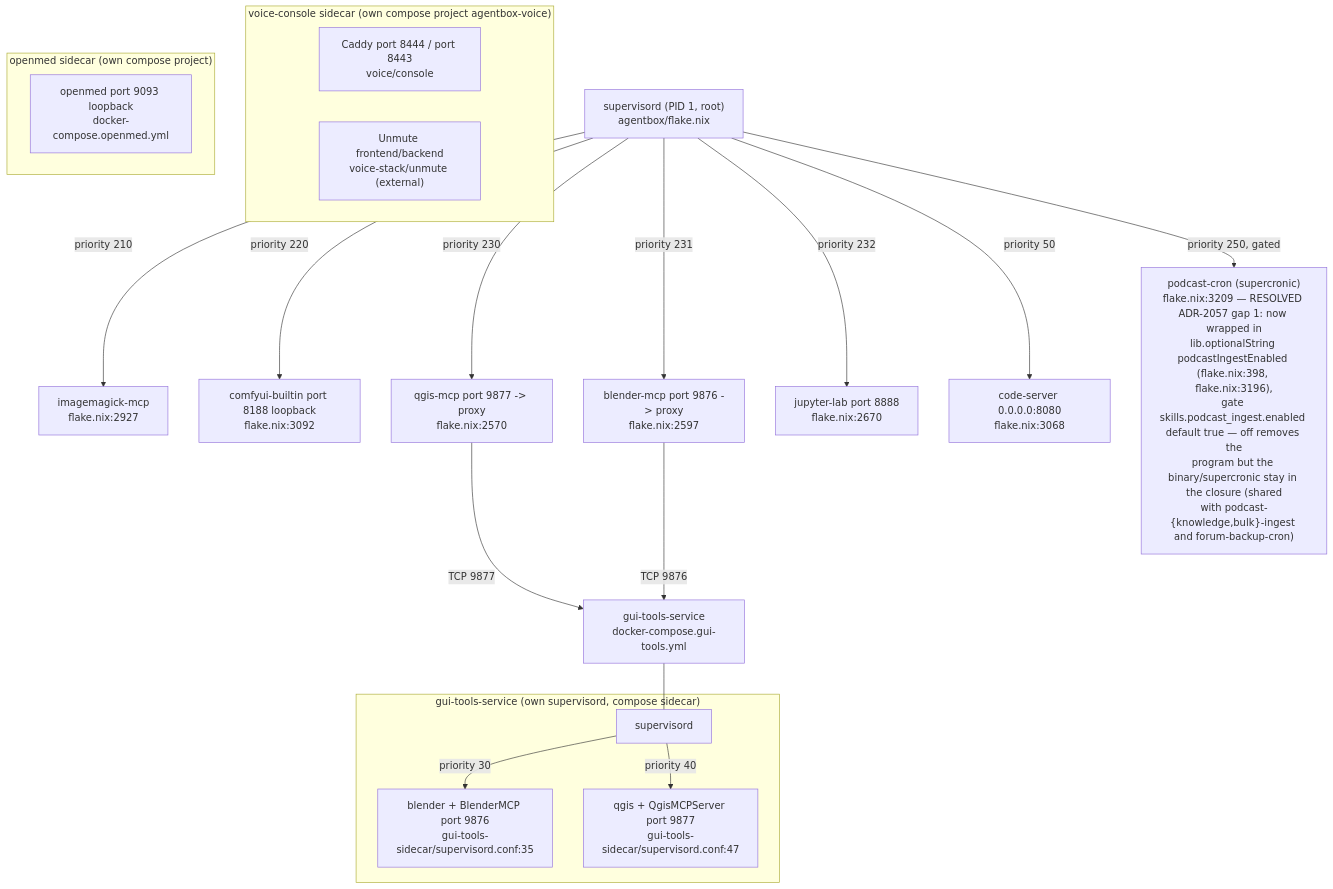
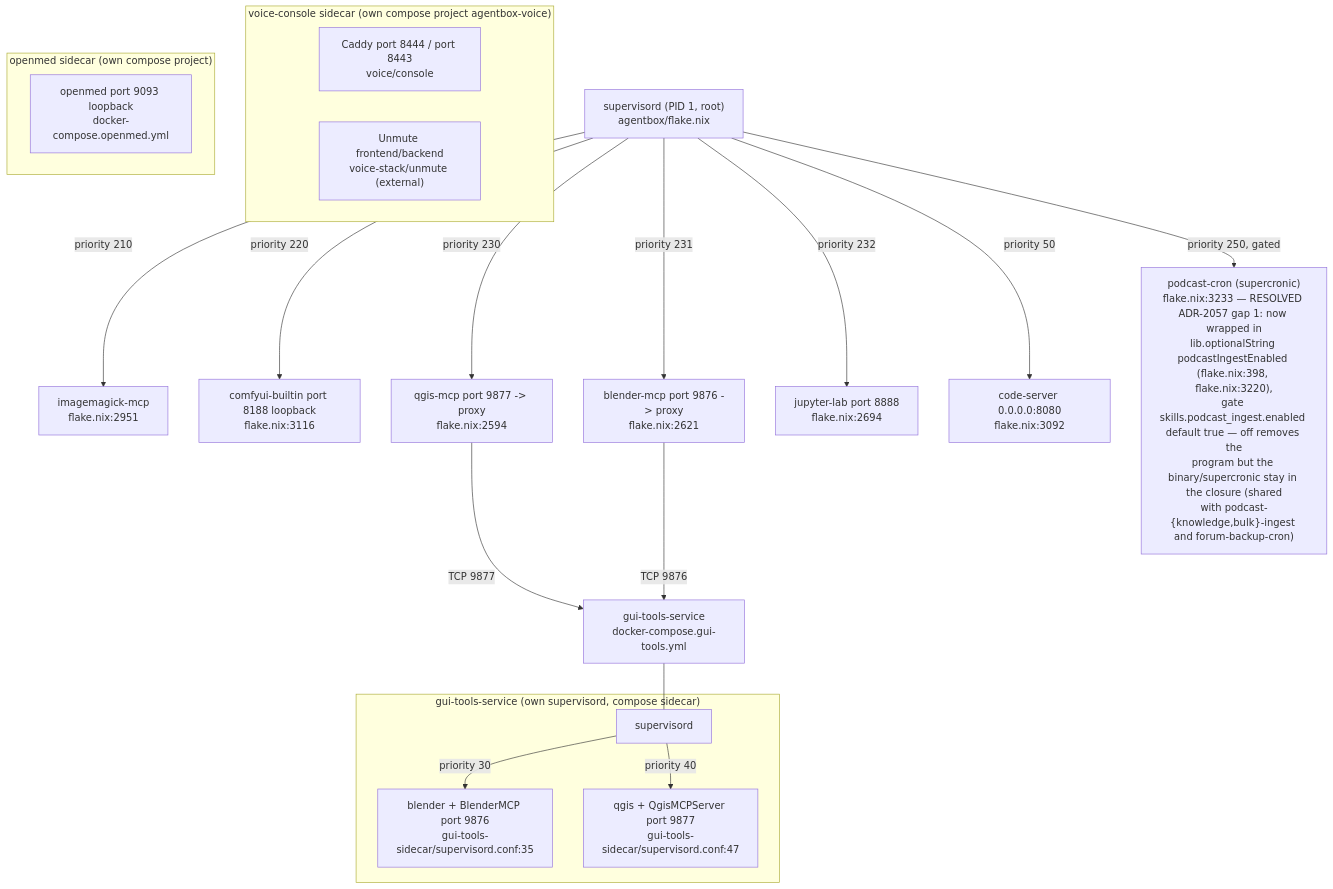
Before and after one commit to DreamLab-AI/VisionFlow: the tenth of 14 diagrams in docs/diagrams/agentbox/27-media-gpu-capability-services.md, drawn with Mermaid. The commit also changed other lines of this file and 7 other files, not shown here.

````diff
--- a/docs/diagrams/agentbox/27-media-gpu-capability-services.md
+++ b/docs/diagrams/agentbox/27-media-gpu-capability-services.md
@@ -328,30 +328,30 @@
 ```mermaid
 flowchart TB
     SUP["supervisord (PID 1, root)<br/>agentbox/flake.nix"]
-    SUP -->|priority 210| IM["imagemagick-mcp<br/>flake.nix:2927"]
-    SUP -->|priority 220| CB["comfyui-builtin port 8188 loopback<br/>flake.nix:3092"]
-    SUP -->|priority 230| QM["qgis-mcp port 9877 -> proxy<br/>flake.nix:2570"]
-    SUP -->|priority 231| BM["blender-mcp port 9876 -> proxy<br/>flake.nix:2597"]
-    SUP -->|priority 232| JL["jupyter-lab port 8888<br/>flake.nix:2670"]
-    SUP -->|priority 50| CS["code-server 0.0.0.0:8080<br/>flake.nix:3068"]
-    SUP -->|priority 250, gated| PC["podcast-cron (supercronic)<br/>flake.nix:3209 — RESOLVED ADR-2057 gap 1: now wrapped in<br/>lib.optionalString podcastIngestEnabled (flake.nix:398, flake.nix:3196),<br/>gate skills.podcast_ingest.enabled default true — off removes the<br/>program but the binary/supercronic stay in the closure (shared<br/>with podcast-{knowledge,bulk}-ingest and forum-backup-cron)"]
+    SUP -->|priority 210| IM["imagemagick-mcp<br/>flake.nix:2951"]
+    SUP -->|priority 220| CB["comfyui-builtin port 8188 loopback<br/>flake.nix:3116"]
+    SUP -->|priority 230| QM["qgis-mcp port 9877 -> proxy<br/>flake.nix:2594"]
+    SUP -->|priority 231| BM["blender-mcp port 9876 -> proxy<br/>flake.nix:2621"]
+    SUP -->|priority 232| JL["jupyter-lab port 8888<br/>flake.nix:2694"]
+    SUP -->|priority 50| CS["code-server 0.0.0.0:8080<br/>flake.nix:3092"]
+    SUP -->|priority 250, gated| PC["podcast-cron (supercronic)<br/>flake.nix:3233 — RESOLVED ADR-2057 gap 1: now wrapped in<br/>lib.optionalString podcastIngestEnabled (flake.nix:398, flake.nix:3220),<br/>gate skills.podcast_ingest.enabled default true — off removes the<br/>program but the binary/supercronic stay in the closure (shared<br/>with podcast-{knowledge,bulk}-ingest and forum-backup-cron)"]
 
     QM -->|TCP 9877| GTS["gui-tools-service<br/>docker-compose.gui-tools.yml"]
     BM -->|TCP 9876| GTS
 
     subgraph sidecar["gui-tools-service (own supervisord, compose sidecar)"]
         GSUP["supervisord"]
         GSUP -->|priority 30| GB["blender + BlenderMCP port 9876<br/>gui-tools-sidecar/supervisord.conf:35"]
         GSUP -->|priority 40| GQ["qgis + QgisMCPServer port 9877<br/>gui-tools-sidecar/supervisord.conf:47"]
     end
     GTS --- GSUP
 
     subgraph voicesc["voice-console sidecar (own compose project agentbox-voice)"]
         CADDY["Caddy port 8444 / port 8443<br/>voice/console"]
         UNMUTE["Unmute frontend/backend<br/>voice-stack/unmute (external)"]
     end
 
     subgraph openmedsc["openmed sidecar (own compose project)"]
         OM["openmed port 9093 loopback<br/>docker-compose.openmed.yml"]
     end
 ```
````
